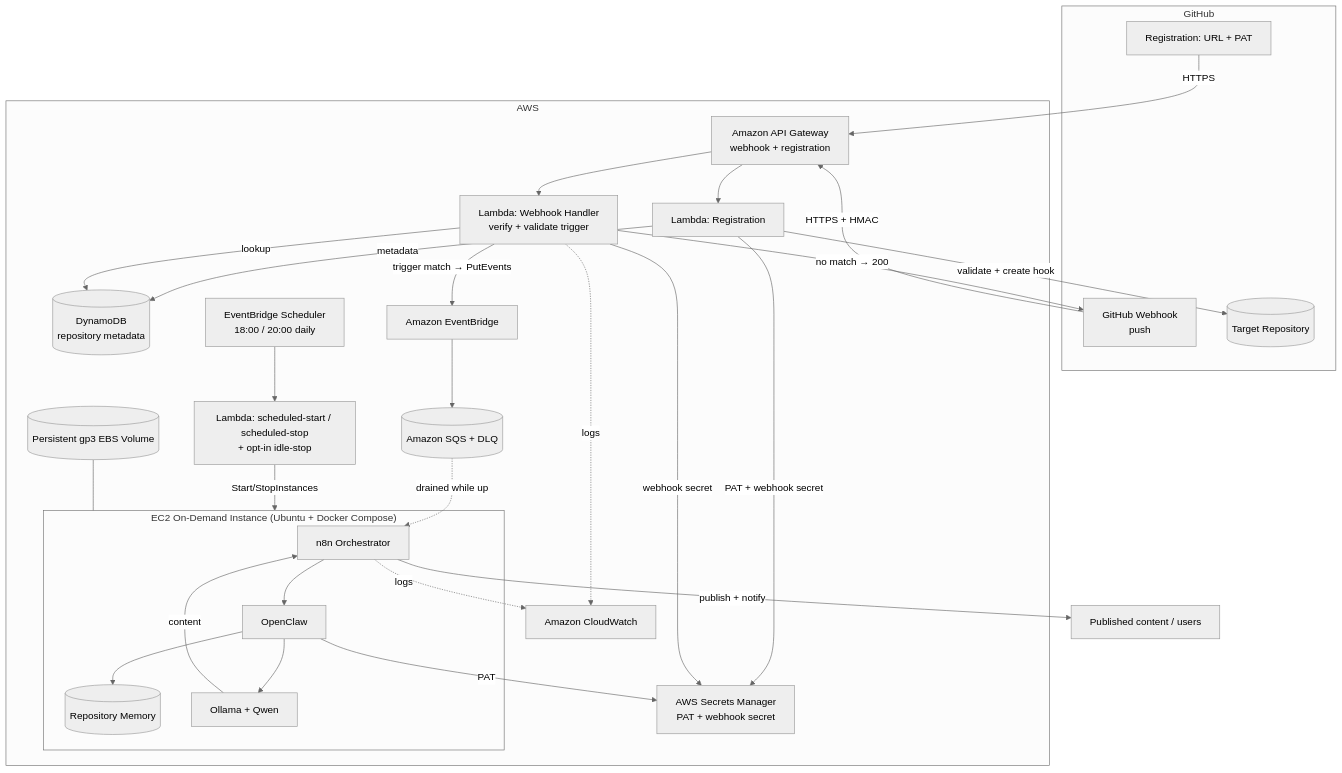
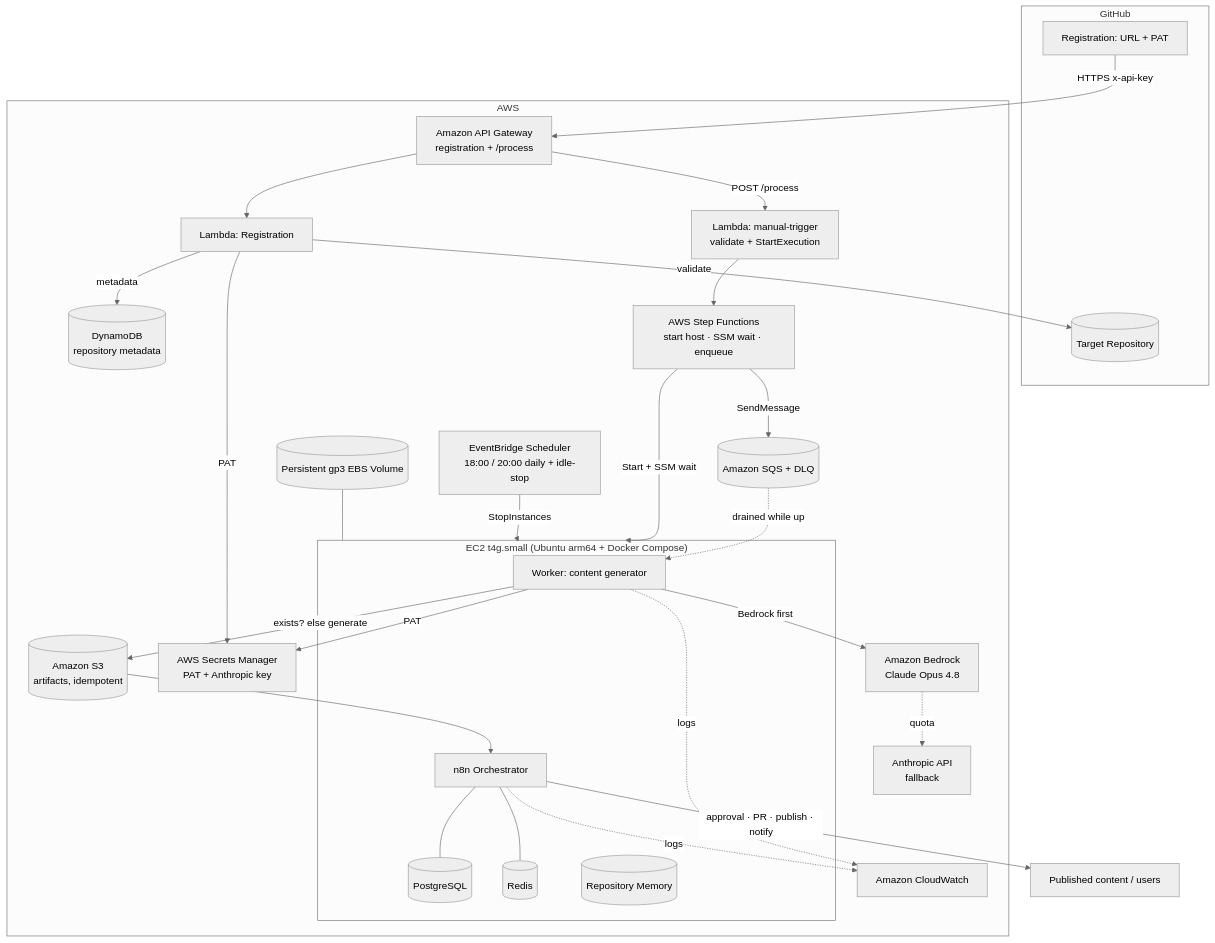
Before and after one commit to teddynted/ai-github-repository-blog-generator: the third of 8 diagrams in docs/architecture.md, drawn with Mermaid (neutral theme). The commit also changed other lines of this file, not shown here.

First line of the commit message:
docs(architecture): rewrite for /process → Step Functions → Provider Router (Stage D)

````diff
--- a/docs/architecture.md
+++ b/docs/architecture.md
@@ -84,49 +83,51 @@
 ```mermaid
 flowchart TB
     subgraph GitHub
         REG[Registration: URL + PAT]
-        EVT[GitHub Webhook<br/>push]
         REPO[(Target Repository)]
     end
 
     subgraph AWS
-        APIGW[Amazon API Gateway<br/>webhook + registration]
+        APIGW[Amazon API Gateway<br/>registration + /process]
         RL[Lambda: Registration]
-        LH[Lambda: Webhook Handler<br/>verify + validate trigger]
-        SM[AWS Secrets Manager<br/>PAT + webhook secret]
+        LT[Lambda: manual-trigger<br/>validate + StartExecution]
+        SM[AWS Secrets Manager<br/>PAT + Anthropic key]
         DDB[(DynamoDB<br/>repository metadata)]
-        EB[Amazon EventBridge]
+        SFN[AWS Step Functions<br/>start host · SSM wait · enqueue]
         SQS[(Amazon SQS + DLQ)]
-        SCH[EventBridge Scheduler<br/>18:00 / 20:00 daily]
-        PWR[Lambda: scheduled-start / scheduled-stop<br/>+ opt-in idle-stop]
-        subgraph EC2["EC2 On-Demand Instance (Ubuntu + Docker Compose)"]
+        SCH[EventBridge Scheduler<br/>18:00 / 20:00 daily + idle-stop]
+        subgraph EC2["EC2 t4g.small (Ubuntu arm64 + Docker Compose)"]
+            WK[Worker: content generator]
             N8N[n8n Orchestrator]
-            OC[OpenClaw]
+            PG[(PostgreSQL)]
+            RD[(Redis)]
             MEM[(Repository Memory)]
-            OLL[Ollama + Qwen]
         end
+        BR[Amazon Bedrock<br/>Claude Opus 4.8]
+        AN[Anthropic API<br/>fallback]
+        S3[(Amazon S3<br/>artifacts, idempotent)]
         EBS[(Persistent gp3 EBS Volume)]
         CW[Amazon CloudWatch]
     end
 
-    REG -->|HTTPS| APIGW --> RL
-    RL -->|validate + create hook| REPO
+    REG -->|HTTPS x-api-key| APIGW --> RL
+    RL -->|validate| REPO
     RL -->|metadata| DDB
-    RL -->|PAT + webhook secret| SM
-    EVT -->|HTTPS + HMAC| APIGW --> LH
-    LH -->|lookup| DDB
-    LH -->|webhook secret| SM
-    LH -->|trigger match → PutEvents| EB
-    LH -->|no match → 200| EVT
-    EB --> SQS
-    SCH --> PWR -->|Start/StopInstances| EC2
-    SQS -.->|drained while up| N8N
-    N8N --> OC --> MEM
-    OC -->|PAT| SM
-    OC --> OLL
-    OLL -->|content| N8N
-    N8N -->|publish + notify| OUT[Published content / users]
+    RL -->|PAT| SM
+    APIGW -->|POST /process| LT --> SFN
+    SFN -->|Start + SSM wait| EC2
+    SFN -->|SendMessage| SQS
+    SQS -.->|drained while up| WK
+    WK -->|Bedrock first| BR
+    BR -.->|quota| AN
+    WK -->|exists? else generate| S3
+    WK -->|PAT| SM
+    S3 --> N8N
+    N8N --- PG
+    N8N --- RD
+    N8N -->|approval · PR · publish · notify| OUT[Published content / users]
+    SCH -->|StopInstances| EC2
     EBS --- EC2
-    LH -. logs .-> CW
+    WK -. logs .-> CW
     N8N -. logs .-> CW
 ```
````
